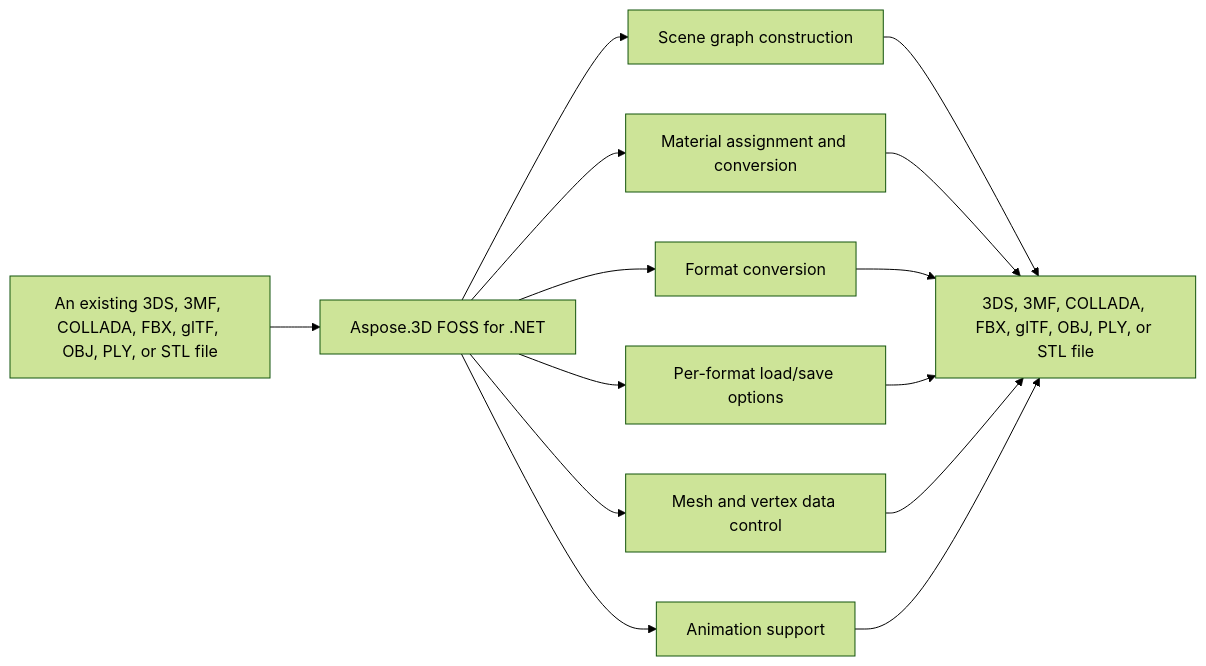
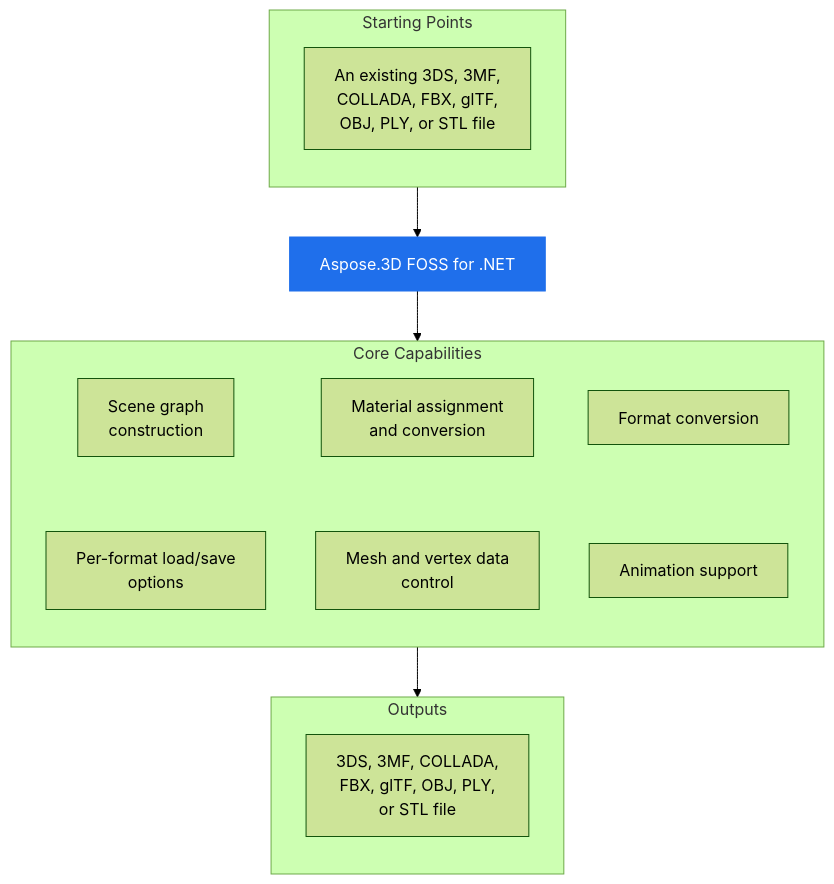
One commit to babar-raza/repo-presenter changed the diagram in 52b0f00ebf28a0b4173921725ff170685ec2c502/README.md. Above: the diagram before and after it, drawn with Mermaid (forest theme). The commit also changed other lines of this file and 8 other files, not shown here.

Commit message:
bundle: aspose-3d-foss/Aspose.3D-FOSS-for-.NET lane R 52b0f00ebf28a0b4173921725ff170685ec2c502

````diff
--- a/52b0f00ebf28a0b4173921725ff170685ec2c502/README.md
+++ b/52b0f00ebf28a0b4173921725ff170685ec2c502/README.md
@@ -25,22 +25,27 @@
 ```mermaid
-flowchart LR
-Start["An existing 3DS, 3MF, COLLADA, FBX, glTF, OBJ, PLY, or STL file"]
-Start --> Product["Aspose.3D FOSS for .NET"]
-Product["Aspose.3D FOSS for .NET"] --> Cap1["Scene graph construction"]
-Cap2["Material assignment and conversion"]
-Cap3["Format conversion"]
-Cap4["Per-format load/save options"]
-Cap5["Mesh and vertex data control"]
-Cap6["Animation support"]
-Product["Aspose.3D FOSS for .NET"] --> Cap2["Material assignment and conversion"]
-Product["Aspose.3D FOSS for .NET"] --> Cap3["Format conversion"]
-Product["Aspose.3D FOSS for .NET"] --> Cap4["Per-format load/save options"]
-Product["Aspose.3D FOSS for .NET"] --> Cap5["Mesh and vertex data control"]
-Product["Aspose.3D FOSS for .NET"] --> Cap6["Animation support"]
-Cap1["Scene graph construction"] --> Output["3DS, 3MF, COLLADA, FBX, glTF, OBJ, PLY, or STL file"]
-Cap2["Material assignment and conversion"] --> Output["3DS, 3MF, COLLADA, FBX, glTF, OBJ, PLY, or STL file"]
-Cap3["Format conversion"] --> Output["3DS, 3MF, COLLADA, FBX, glTF, OBJ, PLY, or STL file"]
-Cap4["Per-format load/save options"] --> Output["3DS, 3MF, COLLADA, FBX, glTF, OBJ, PLY, or STL file"]
-Cap5["Mesh and vertex data control"] --> Output["3DS, 3MF, COLLADA, FBX, glTF, OBJ, PLY, or STL file"]
-Cap6["Animation support"] --> Output["3DS, 3MF, COLLADA, FBX, glTF, OBJ, PLY, or STL file"]
+flowchart TB
+  subgraph StartingPoints["Starting Points"]
+    direction TB
+    i1["An existing 3DS, 3MF,<br/>COLLADA, FBX, glTF,<br/>OBJ, PLY, or STL file"]
+  end
+  PRODUCT["Aspose.3D FOSS for .NET"]
+  subgraph Capabilities["Core Capabilities"]
+    direction TB
+    c1["Scene graph<br/>construction"]
+    c2["Material assignment<br/>and conversion"]
+    c3["Format conversion"]
+    c4["Per-format load/save<br/>options"]
+    c5["Mesh and vertex data<br/>control"]
+    c6["Animation support"]
+    c1 ~~~ c4
+    c2 ~~~ c5
+    c3 ~~~ c6
+  end
+  subgraph Outputs["Outputs"]
+    direction TB
+    o1["3DS, 3MF, COLLADA,<br/>FBX, glTF, OBJ, PLY,<br/>or STL file"]
+  end
+  StartingPoints --> PRODUCT --> Capabilities --> Outputs
+  classDef product fill:#1f6feb,stroke:#1f6feb,color:#ffffff
+  class PRODUCT product
 ```
````
